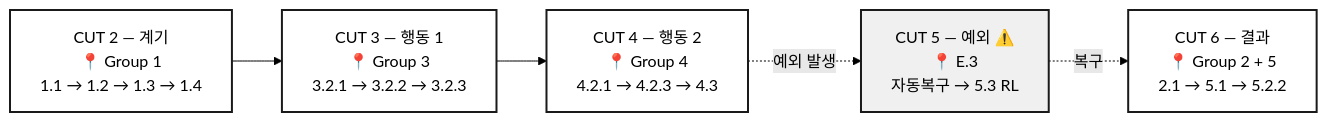
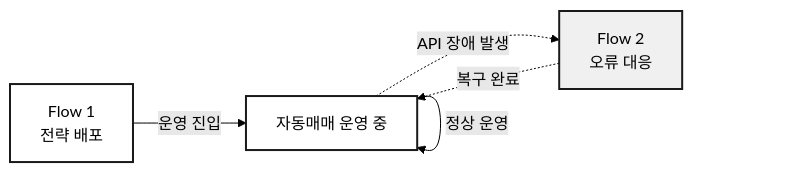
One commit to dlwpgur3554/likelion-pbl-planning changed the third of 3 diagrams in README.md. Above: the diagram before and after it, drawn with Mermaid (forest theme). The commit also changed other lines of this file and 4 other files, not shown here.

````diff
--- a/README.md
+++ b/README.md
@@ -113,15 +169,12 @@
 ```mermaid
 flowchart LR
-    CUT2["CUT 2 — 계기<br/>📍 Group 1<br/>1.1 → 1.2 → 1.3 → 1.4"]
-    CUT3["CUT 3 — 행동 1<br/>📍 Group 3<br/>3.2.1 → 3.2.2 → 3.2.3"]
-    CUT4["CUT 4 — 행동 2<br/>📍 Group 4<br/>4.2.1 → 4.2.3 → 4.3"]
-    CUT5["CUT 5 — 예외 ⚠️<br/>📍 E.3<br/>자동복구 → 5.3 RL"]
-    CUT6["CUT 6 — 결과<br/>📍 Group 2 + 5<br/>2.1 → 5.1 → 5.2.2"]
-
-    CUT2 --> CUT3 --> CUT4 -.예외 발생.-> CUT5 -.복구.-> CUT6
+    F1[Flow 1<br/>전략 배포] -->|운영 진입| OP[자동매매 운영 중]
+    OP -->|정상 운영| OP
+    OP -.API 장애 발생.-> F2[Flow 2<br/>오류 대응]
+    F2 -.복구 완료.-> OP
 
     classDef normal fill:#fff,stroke:#1a1a1a,stroke-width:2px
     classDef exception fill:#f0f0f0,stroke:#1a1a1a,stroke-width:2px
-    class CUT2,CUT3,CUT4,CUT6 normal
-    class CUT5 exception
+    class F1,OP normal
+    class F2 exception
 ```
````
